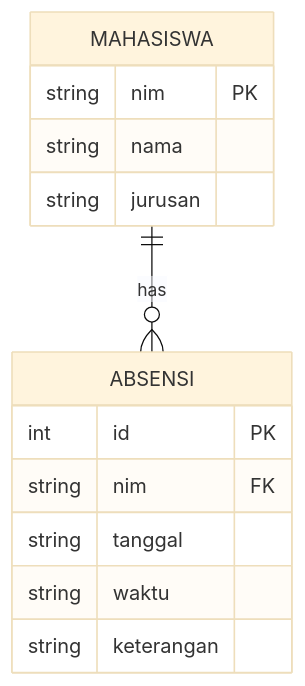
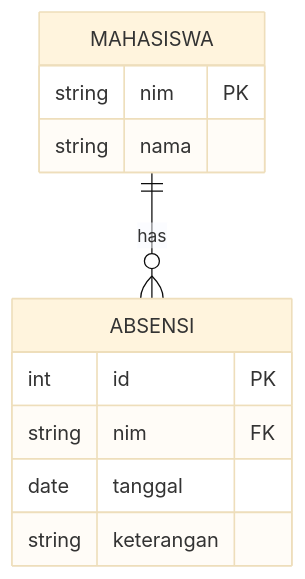
Before and after one commit to revxcode/k3-absensi: the second of 6 diagrams in flowchart.md, drawn with Mermaid (base theme). The commit also changed other lines of this file, not shown here.

Commit message:
Refactor flowchart and diagrams for improved clarity and consistency

````diff
--- a/flowchart.md
+++ b/flowchart.md
@@ -61,16 +61,14 @@
 ```mermaid
 erDiagram
     MAHASISWA ||--o{ ABSENSI : has
     MAHASISWA {
         string nim PK
         string nama
-        string jurusan
     }
     ABSENSI {
         int id PK
         string nim FK
-        string tanggal
-        string waktu
+        date tanggal
         string keterangan
     }
 ```
````
